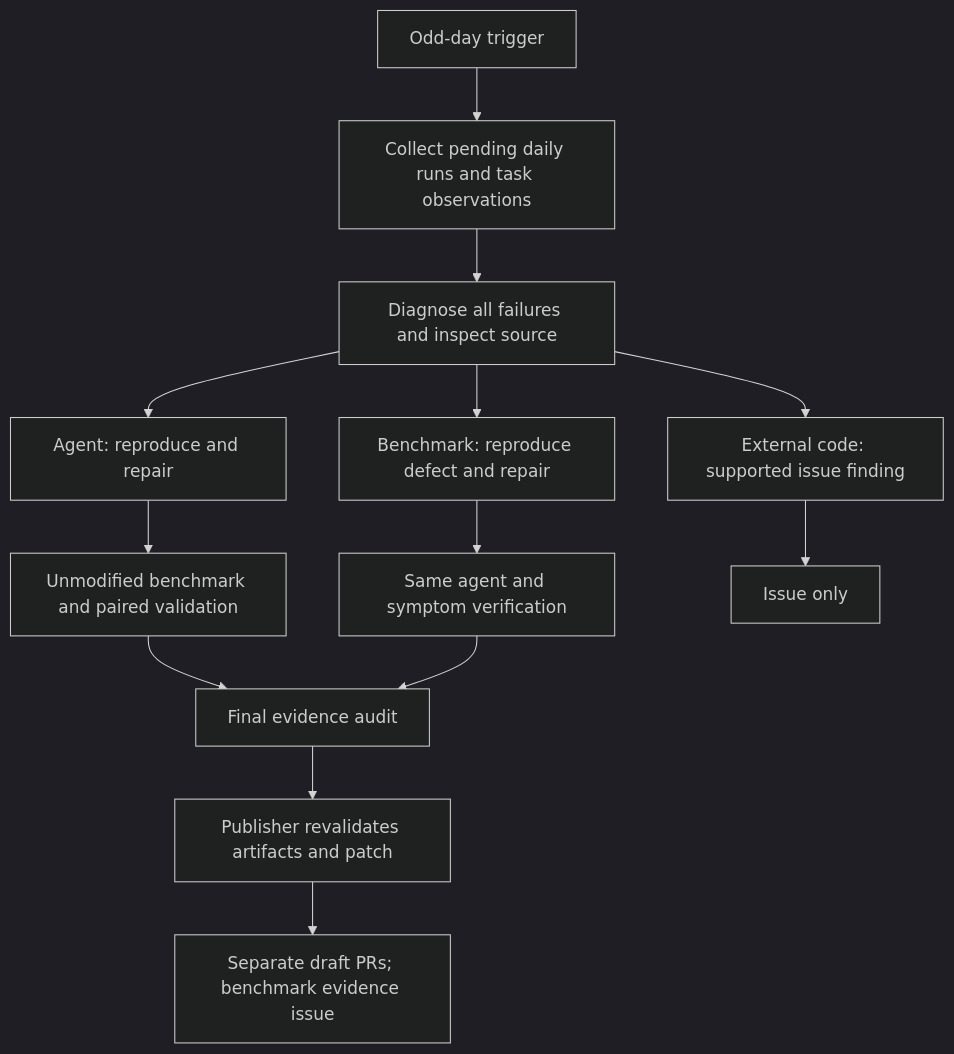
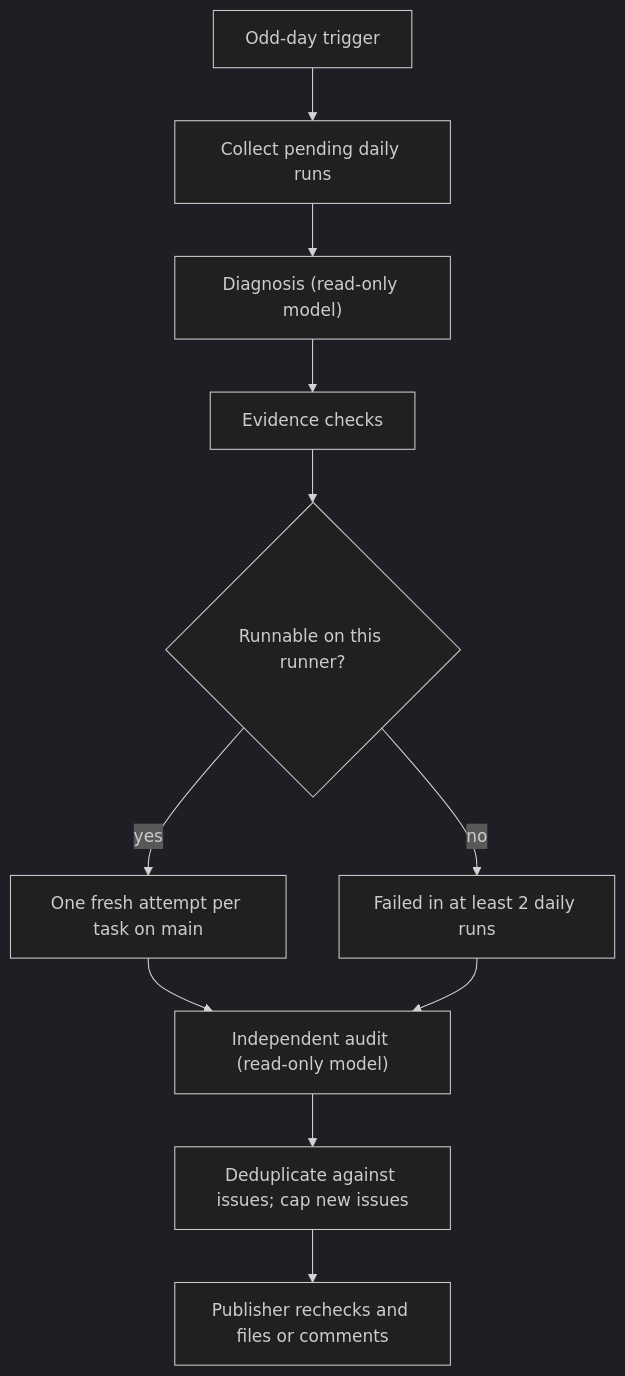
Before and after one commit to AidenAI-IO/aico-link: the diagram in docs/09-benchmark/auto-improve.md, drawn with Mermaid (dark theme). The commit also changed other lines of this file and 13 other files, not shown here.

First line of the commit message:
feat(benchmark): report benchmark defects as audited issues instead of fixing them

````diff
--- a/docs/09-benchmark/auto-improve.md
+++ b/docs/09-benchmark/auto-improve.md
@@ -102,15 +20,13 @@
 ```mermaid
 flowchart TD
-    A["Odd-day trigger"] --> B["Collect pending daily runs and task observations"]
-    B --> C["Diagnose all failures and inspect source"]
-    C --> D["Agent: reproduce and repair"]
-    C --> E["Benchmark: reproduce defect and repair"]
-    C --> F["External code: supported issue finding"]
-    D --> G["Unmodified benchmark and paired validation"]
-    E --> H["Same agent and symptom verification"]
-    G --> I["Final evidence audit"]
-    H --> I
-    I --> J["Publisher revalidates artifacts and patch"]
-    J --> K["Separate draft PRs; benchmark evidence issue"]
-    F --> L["Issue only"]
+    A["Odd-day trigger"] --> B["Collect pending daily runs"]
+    B --> C["Diagnosis (read-only model)"]
+    C --> D["Evidence checks"]
+    D --> E{"Runnable on this runner?"}
+    E -->|"yes"| F["One fresh attempt per task on main"]
+    E -->|"no"| G["Failed in at least 2 daily runs"]
+    F --> H["Independent audit (read-only model)"]
+    G --> H
+    H --> I["Deduplicate against issues; cap new issues"]
+    I --> J["Publisher rechecks and files or comments"]
 ```
````
